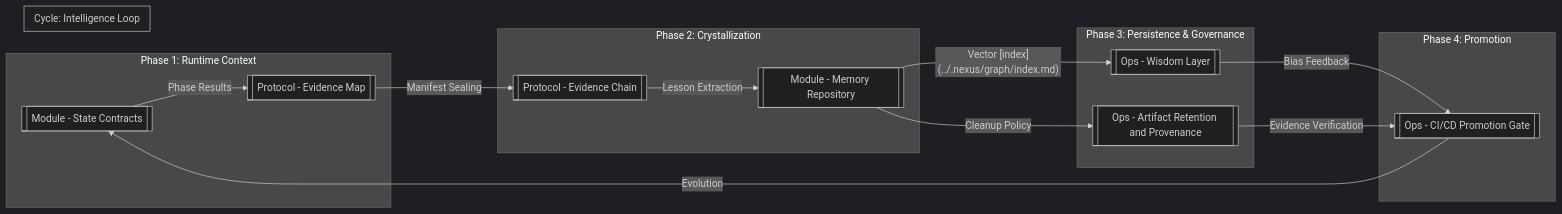
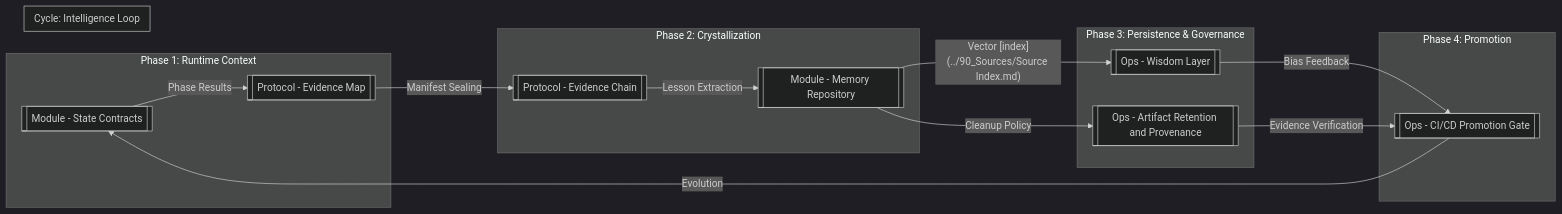
Before and after one commit to James3014/Nexus-new: the diagram in nexus_wiki_vault/05_Protocols/Protocol - Knowledge Lineage.md, drawn with Mermaid (dark theme). The commit also changed other lines of this file and 101 other files, not shown here.

````diff
--- a/nexus_wiki_vault/05_Protocols/Protocol - Knowledge Lineage.md
+++ b/nexus_wiki_vault/05_Protocols/Protocol - Knowledge Lineage.md
@@ -50,25 +50,25 @@
 ```mermaid
 graph LR
     subgraph "Phase 1: Runtime Context"
         SC[["Module - State Contracts"]] --> |"Phase Results"| EM[["Protocol - Evidence Map"]]
     end
 
     subgraph "Phase 2: Crystallization"
         EM --> |"Manifest Sealing"| EC[["Protocol - Evidence Chain"]]
         EC --> |"Lesson Extraction"| MR[["Module - Memory Repository"]]
     end
 
     subgraph "Phase 3: Persistence & Governance"
-        MR --> |"Vector [index](../.nexus/graph/index.md)"| WL[["Ops - Wisdom Layer"]]
+        MR --> |"Vector [index](../90_Sources/Source Index.md)"| WL[["Ops - Wisdom Layer"]]
         MR --> |"Cleanup Policy"| RP[["Ops - Artifact Retention and Provenance"]]
     end
 
     subgraph "Phase 4: Promotion"
         WL --> |"Bias Feedback"| PG[["Ops - CI/CD Promotion Gate"]]
         RP --> |"Evidence Verification"| PG
     end
 
     subgraph "Cycle: Intelligence Loop"
         PG --> |"Evolution"| SC
     end
 ```
````
